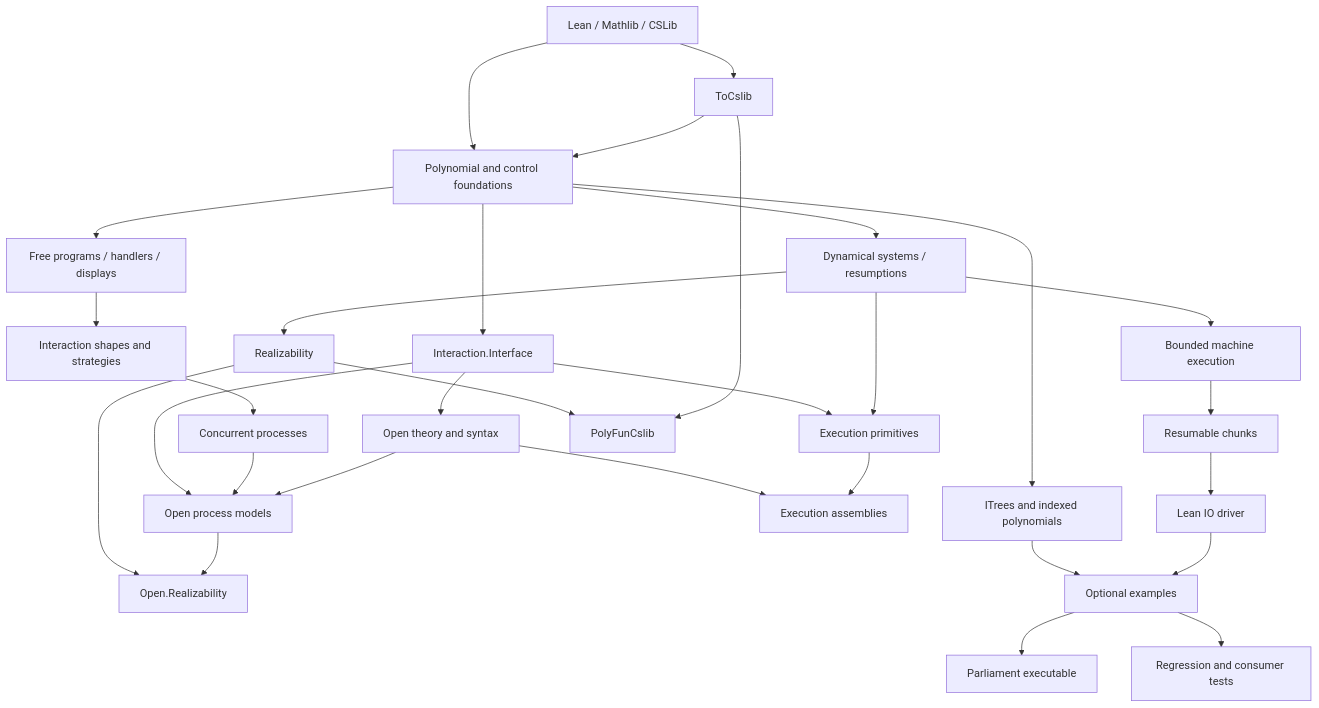
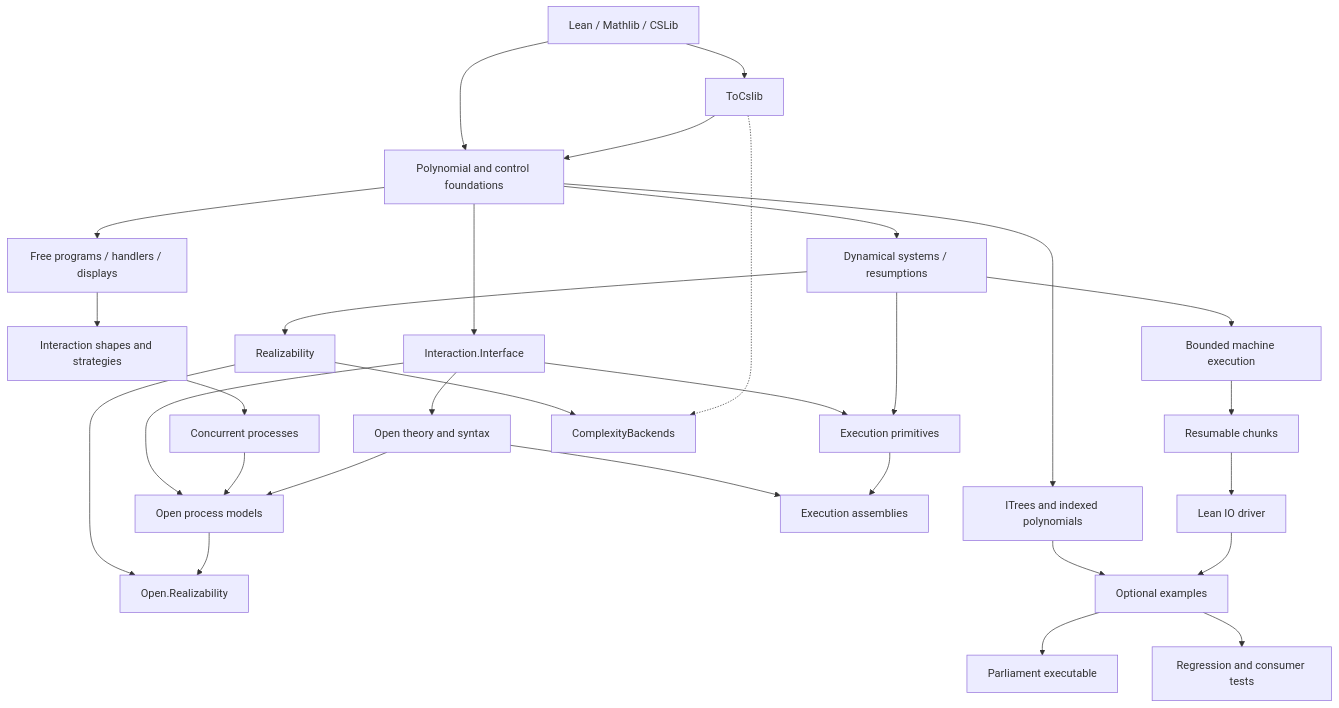
Before and after one commit to Verified-zkEVM/PolyFun: the diagram in docs/reference/repo-map.md, drawn with Mermaid. The commit also changed other lines of this file and 41 other files, not shown here.

````diff
--- a/docs/reference/repo-map.md
+++ b/docs/reference/repo-map.md
@@ -51,32 +51,32 @@
 ```mermaid
 flowchart TD
   U[Lean / Mathlib / CSLib] --> T[ToCslib]
   U --> P[Polynomial and control foundations]
   T --> P
   P --> F[Free programs / handlers / displays]
   P --> D[Dynamical systems / resumptions]
   D --> BD[Bounded machine execution]
   BD --> RC[Resumable chunks]
   RC --> IO[Lean IO driver]
   P --> I[ITrees and indexed polynomials]
   F --> S[Interaction shapes and strategies]
   S --> C[Concurrent processes]
   P --> B[Interaction.Interface]
   B --> O[Open theory and syntax]
   B --> E[Execution primitives]
   D --> E
   O --> A[Execution assemblies]
   E --> A
   B --> OP[Open process models]
   C --> OP
   O --> OP
   D --> R[Realizability]
   R --> OR[Open.Realizability]
   OP --> OR
-  R --> AD[PolyFunCslib]
-  T --> AD
+  R --> AD[ComplexityBackends]
+  T -.-> AD
   I --> EX[Optional examples]
   IO --> EX
   EX --> CLI[Parliament executable]
   EX --> TEST[Regression and consumer tests]
 ```
````
